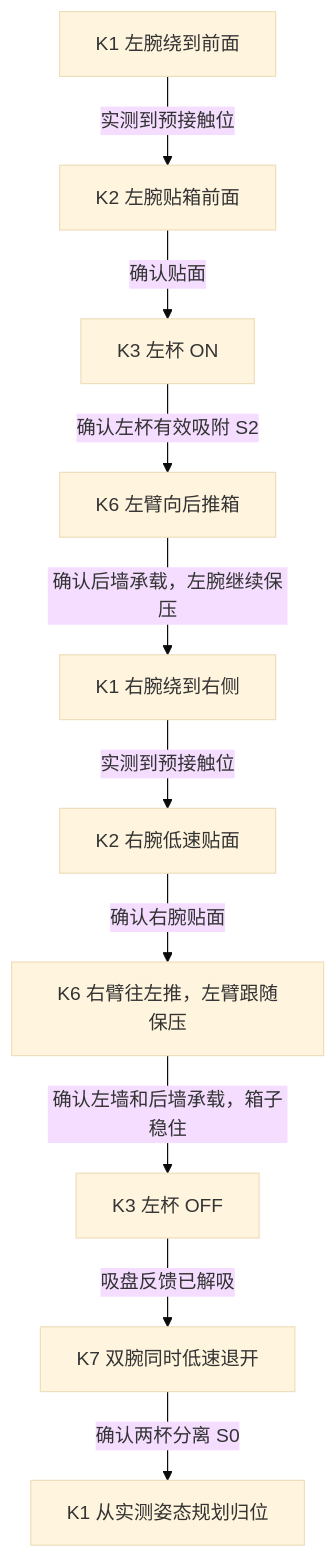
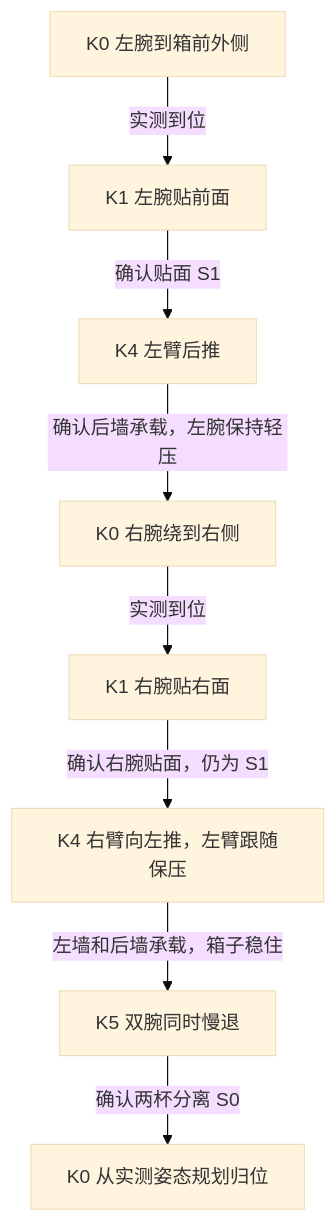
Before and after one commit to dreamerToTOE/dual-fr3: the second of 2 diagrams in scenes/w760_300mm_two_layer/long_skill_short_state.md, drawn with Mermaid (base theme). The commit also changed other lines of this file and 7 other files, not shown here.

````diff
--- a/scenes/w760_300mm_two_layer/long_skill_short_state.md
+++ b/scenes/w760_300mm_two_layer/long_skill_short_state.md
@@ -67,12 +61,10 @@
 ```mermaid
 flowchart TD
-    A["K1 左腕绕到前面"] -->|"实测到预接触位"| B["K2 左腕贴箱前面"]
-    B -->|"确认贴面"| C["K3 左杯 ON"]
-    C -->|"确认左杯有效吸附 S2"| D["K6 左臂向后推箱"]
-    D -->|"确认后墙承载，左腕继续保压"| E["K1 右腕绕到右侧"]
-    E -->|"实测到预接触位"| F["K2 右腕低速贴面"]
-    F -->|"确认右腕贴面"| G["K6 右臂往左推，左臂跟随保压"]
-    G -->|"确认左墙和后墙承载，箱子稳住"| H["K3 左杯 OFF"]
-    H -->|"吸盘反馈已解吸"| I["K7 双腕同时低速退开"]
-    I -->|"确认两杯分离 S0"| J["K1 从实测姿态规划归位"]
+    A["K0 左腕到箱前外侧"] -->|"实测到位"| B["K1 左腕贴前面"]
+    B -->|"确认贴面 S1"| C["K4 左臂后推"]
+    C -->|"确认后墙承载，左腕保持轻压"| D["K0 右腕绕到右侧"]
+    D -->|"实测到位"| E["K1 右腕贴右面"]
+    E -->|"确认右腕贴面，仍为 S1"| F["K4 右臂向左推，左臂跟随保压"]
+    F -->|"左墙和后墙承载，箱子稳住"| G["K5 双腕同时慢退"]
+    G -->|"确认两杯分离 S0"| H["K0 从实测姿态规划归位"]
 ```
````
